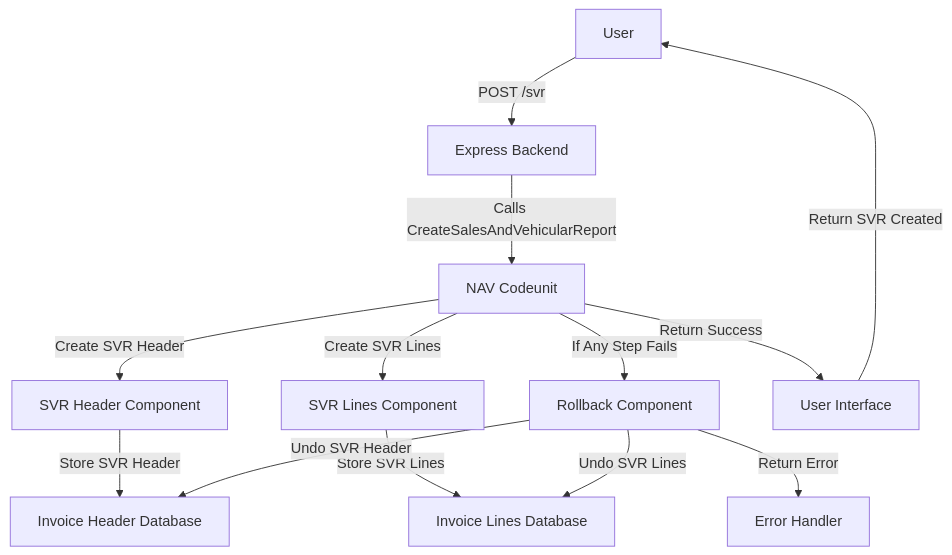
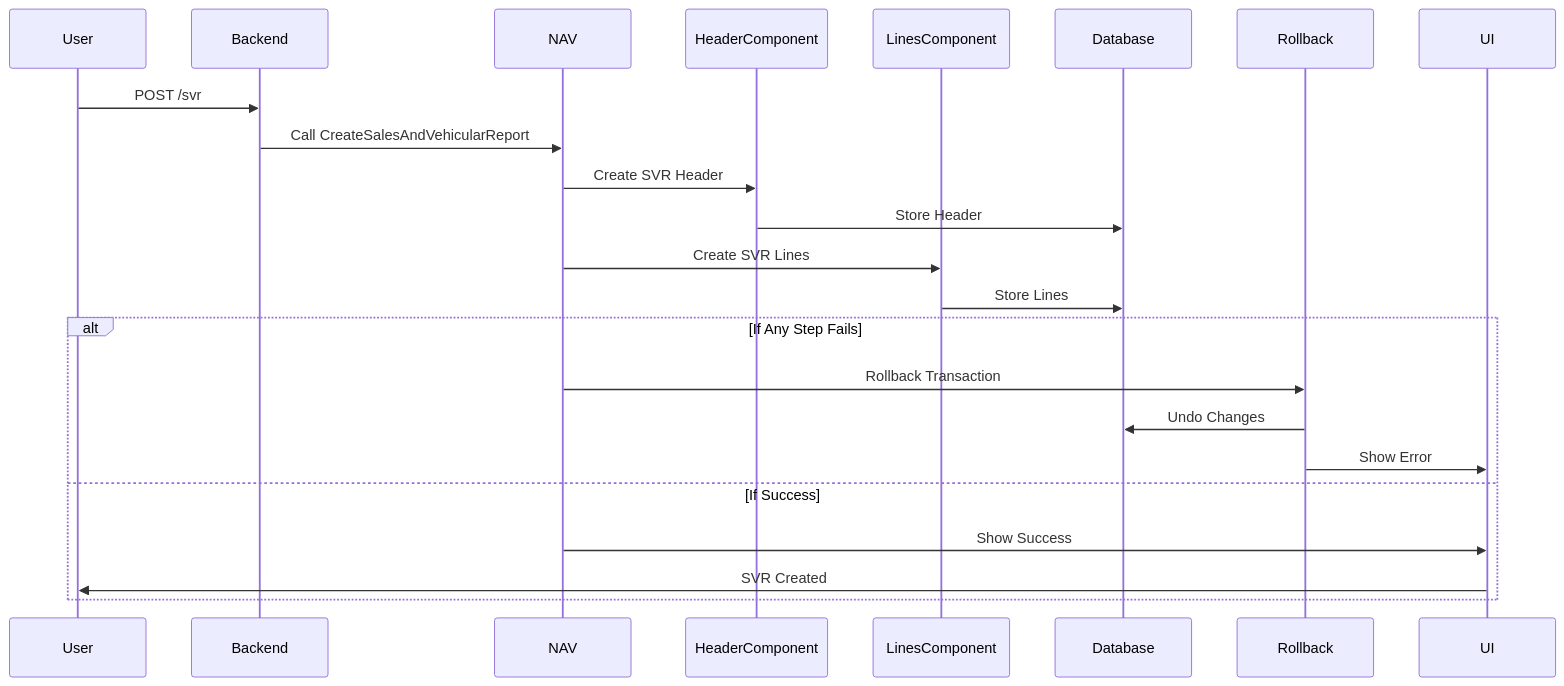
One commit to mincerray1/flows changed the diagram in seq_nav_svr.mmd. Above: the diagram before and after it, drawn with Mermaid.

```diff
--- a/seq_nav_svr.mmd
+++ b/seq_nav_svr.mmd
@@ -1,17 +1,25 @@
-graph TD;
-    User[User] -->|POST /svr| Express[Express Backend]
-    Express -->|Calls CreateSalesAndVehicularReport| NAV[NAV Codeunit]
-    
-    NAV -->|Create SVR Header| Header[SVR Header Component]
-    Header -->|Store SVR Header| HeaderDB[Invoice Header Database]
-    
-    NAV -->|Create SVR Lines| Lines[SVR Lines Component]
-    Lines -->|Store SVR Lines| LinesDB[Invoice Lines Database]
-    
-    NAV -->|If Any Step Fails| Rollback[Rollback Component]
-    Rollback -->|Undo SVR Header| HeaderDB
-    Rollback -->|Undo SVR Lines| LinesDB
-    
-    Rollback -->|Return Error| Error[Error Handler]
-    NAV -->|Return Success| UI[User Interface]
-    UI -->|Return SVR Created| User
+sequenceDiagram
+    participant User
+    participant Backend
+    participant NAV
+    participant HeaderComponent
+    participant LinesComponent
+    participant Database
+    participant Rollback
+    participant UI
+
+    User->>Backend: POST /svr
+    Backend->>NAV: Call CreateSalesAndVehicularReport
+    NAV->>HeaderComponent: Create SVR Header
+    HeaderComponent->>Database: Store Header
+    NAV->>LinesComponent: Create SVR Lines
+    LinesComponent->>Database: Store Lines
+
+    alt If Any Step Fails
+        NAV->>Rollback: Rollback Transaction
+        Rollback->>Database: Undo Changes
+        Rollback->>UI: Show Error
+    else If Success
+        NAV->>UI: Show Success
+        UI->>User: SVR Created
+    end
```
